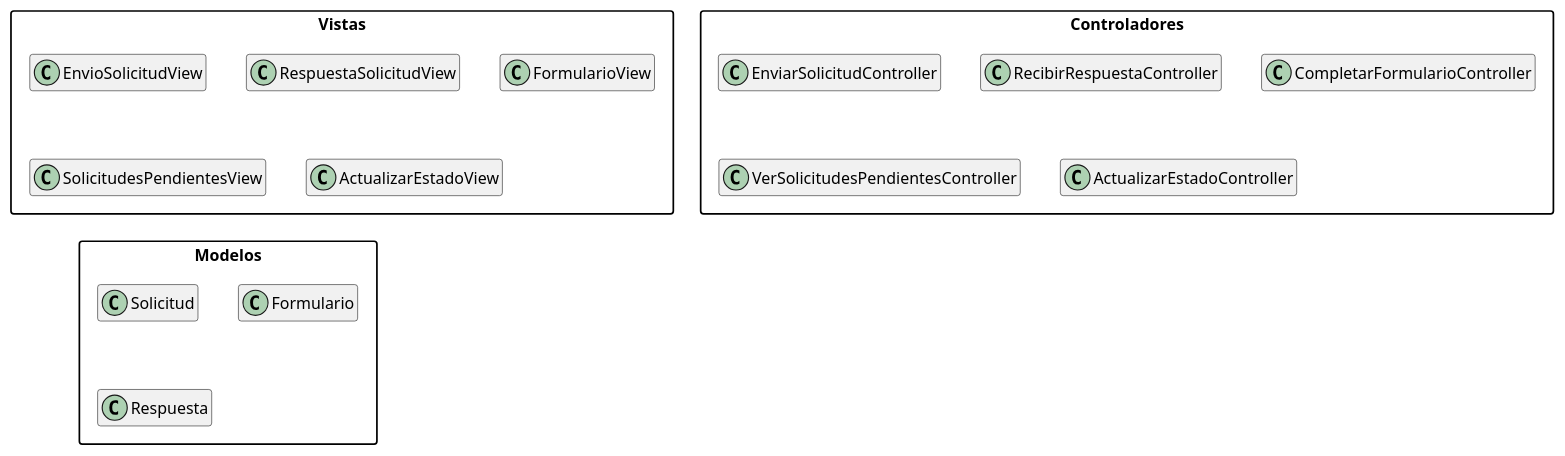
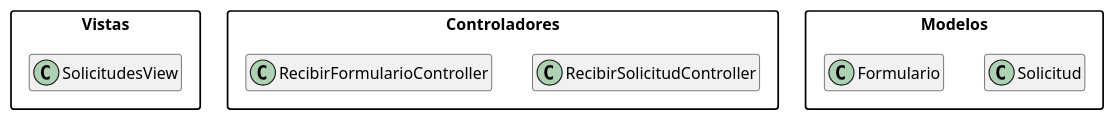
Before and after one commit to ceesargaarcia/GII-TFG-2026: the diagram in Estudiantes/jorge-otero/capitulo3/MVC/codigo/MVC.puml, drawn with PlantUML. The commit also changed 20 other files, not shown here.

```diff
--- a/Estudiantes/jorge-otero/capitulo3/MVC/codigo/MVC.puml
+++ b/Estudiantes/jorge-otero/capitulo3/MVC/codigo/MVC.puml
@@ -1,29 +1,21 @@
 @startuml MVC
 
 top to bottom direction
 skinparam packageStyle rectangle
 hide empty members
 
 package "Vistas" {
-  class EnvioSolicitudView
-  class RespuestaSolicitudView
-  class FormularioView
-  class SolicitudesPendientesView
-  class ActualizarEstadoView
+  class SolicitudesView
 }
 
 package "Controladores" {
-  class EnviarSolicitudController
-  class RecibirRespuestaController
-  class CompletarFormularioController
-  class VerSolicitudesPendientesController
-  class ActualizarEstadoController
+  class RecibirSolicitudController
+  class RecibirFormularioController
 }
 
 package "Modelos" {
   class Solicitud
   class Formulario
-  class Respuesta
 }
 
 @enduml
```
